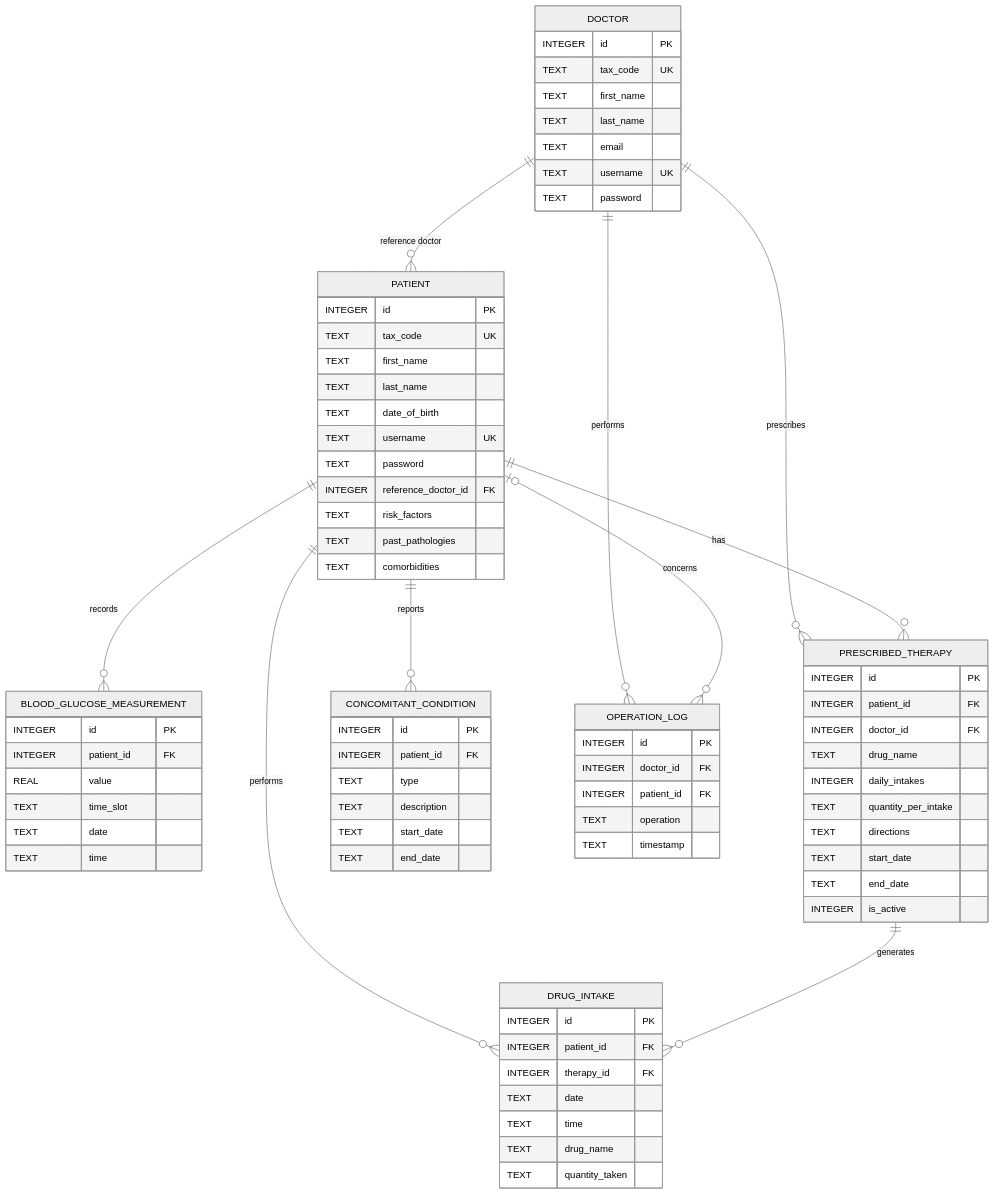
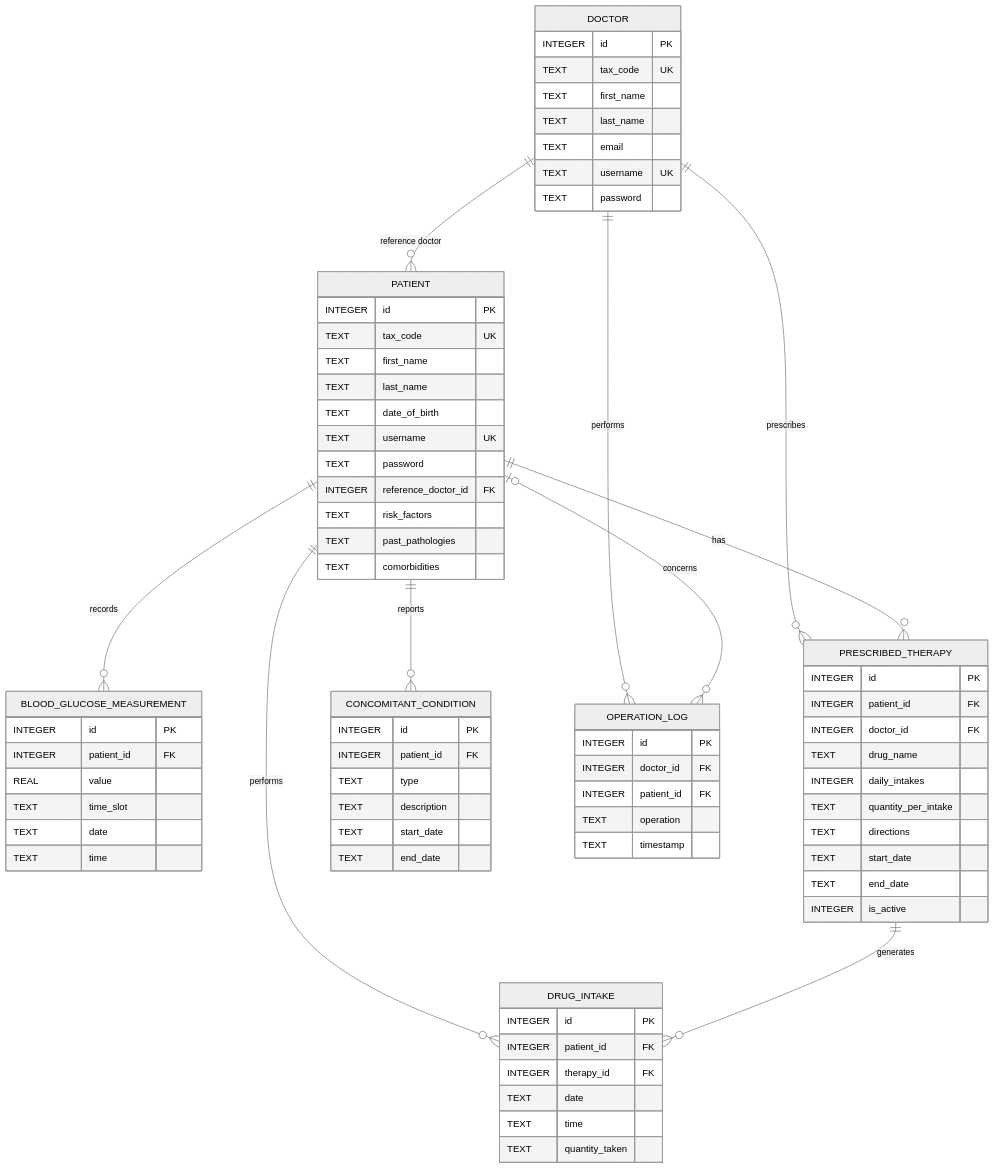
Before and after one commit to SamueleOrazioDurante/telemedicina-ingegneria: diagram 13 of 13 in documentation.md, drawn with Mermaid (neutral theme). The commit also changed other lines of this file and 8 other files, not shown here.

Commit message:
refactor: remove redundant drug_name field from DrugIntake domain and database schema

````diff
--- a/documentation.md
+++ b/documentation.md
@@ -589,79 +590,78 @@
 ```mermaid
 erDiagram
     DOCTOR {
         INTEGER id PK
         TEXT tax_code UK
         TEXT first_name
         TEXT last_name
         TEXT email
         TEXT username UK
         TEXT password
     }
     PATIENT {
         INTEGER id PK
         TEXT tax_code UK
         TEXT first_name
         TEXT last_name
         TEXT date_of_birth
         TEXT username UK
         TEXT password
         INTEGER reference_doctor_id FK
         TEXT risk_factors
         TEXT past_pathologies
         TEXT comorbidities
     }
     BLOOD_GLUCOSE_MEASUREMENT {
         INTEGER id PK
         INTEGER patient_id FK
         REAL value
         TEXT time_slot
         TEXT date
         TEXT time
     }
     PRESCRIBED_THERAPY {
         INTEGER id PK
         INTEGER patient_id FK
         INTEGER doctor_id FK
         TEXT drug_name
         INTEGER daily_intakes
         TEXT quantity_per_intake
         TEXT directions
         TEXT start_date
         TEXT end_date
         INTEGER is_active
     }
     DRUG_INTAKE {
         INTEGER id PK
         INTEGER patient_id FK
         INTEGER therapy_id FK
         TEXT date
         TEXT time
-        TEXT drug_name
         TEXT quantity_taken
     }
     CONCOMITANT_CONDITION {
         INTEGER id PK
         INTEGER patient_id FK
         TEXT type
         TEXT description
         TEXT start_date
         TEXT end_date
     }
     OPERATION_LOG {
         INTEGER id PK
         INTEGER doctor_id FK
         INTEGER patient_id FK
         TEXT operation
         TEXT timestamp
     }
 
     DOCTOR ||--o{ PATIENT : "reference doctor"
     DOCTOR ||--o{ PRESCRIBED_THERAPY : "prescribes"
     DOCTOR ||--o{ OPERATION_LOG : "performs"
     PATIENT ||--o{ BLOOD_GLUCOSE_MEASUREMENT : "records"
     PATIENT ||--o{ PRESCRIBED_THERAPY : "has"
     PATIENT ||--o{ DRUG_INTAKE : "performs"
     PATIENT ||--o{ CONCOMITANT_CONDITION : "reports"
     PATIENT |o--o{ OPERATION_LOG : "concerns"
     PRESCRIBED_THERAPY ||--o{ DRUG_INTAKE : "generates"
 ```
````
